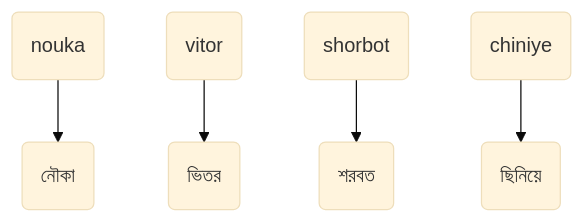
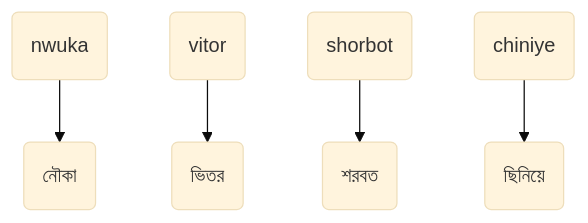
Before and after one commit to KhiproTeam/khipro-quickstart: the second of 22 diagrams in README.md, drawn with Mermaid (base theme). The commit also changed other lines of this file, not shown here.

Commit message:
নতুন ভা‍র্শন মোতাবেক উদাহরণ সংশোধন

````diff
--- a/README.md
+++ b/README.md
@@ -82,7 +82,7 @@
 ```mermaid
 flowchart TD
-A(nouka) --> B("নৌকা")
+A(nwuka) --> B("নৌকা")
 c(vitor) --> d("ভিতর")
 e(shorbot) --> f("শরবত")
 g(chiniye) --> h("ছিনিয়ে")
 ```
````
